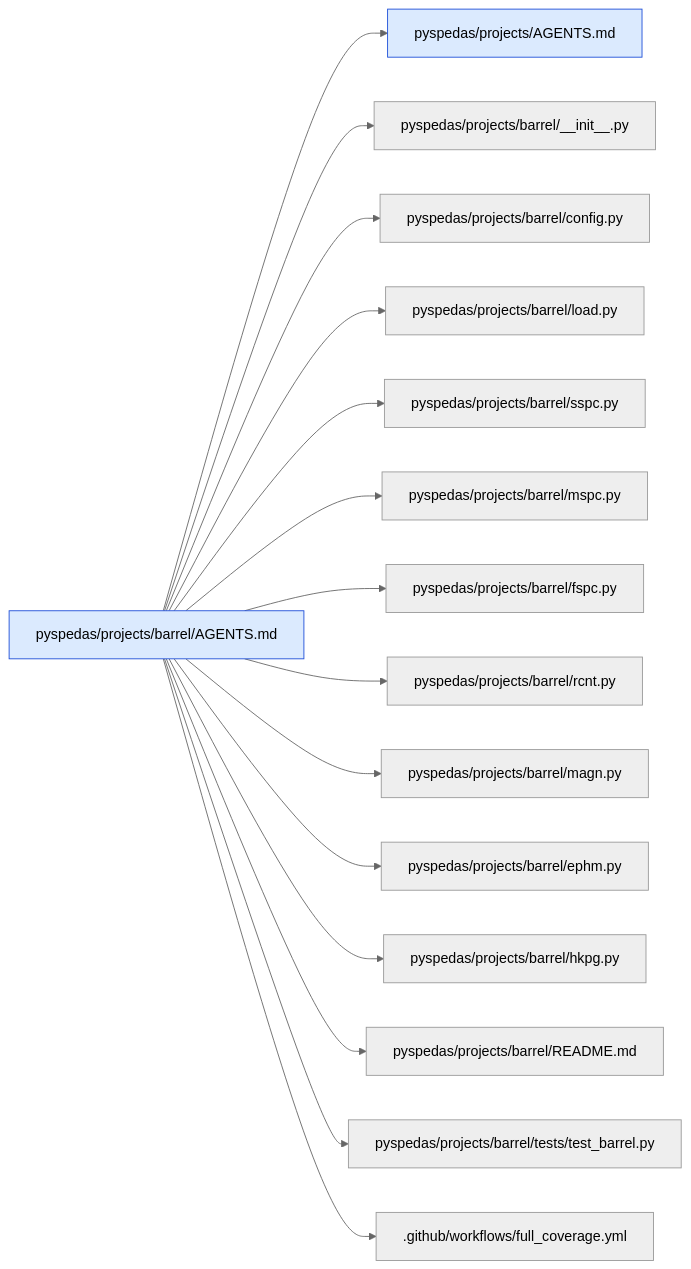
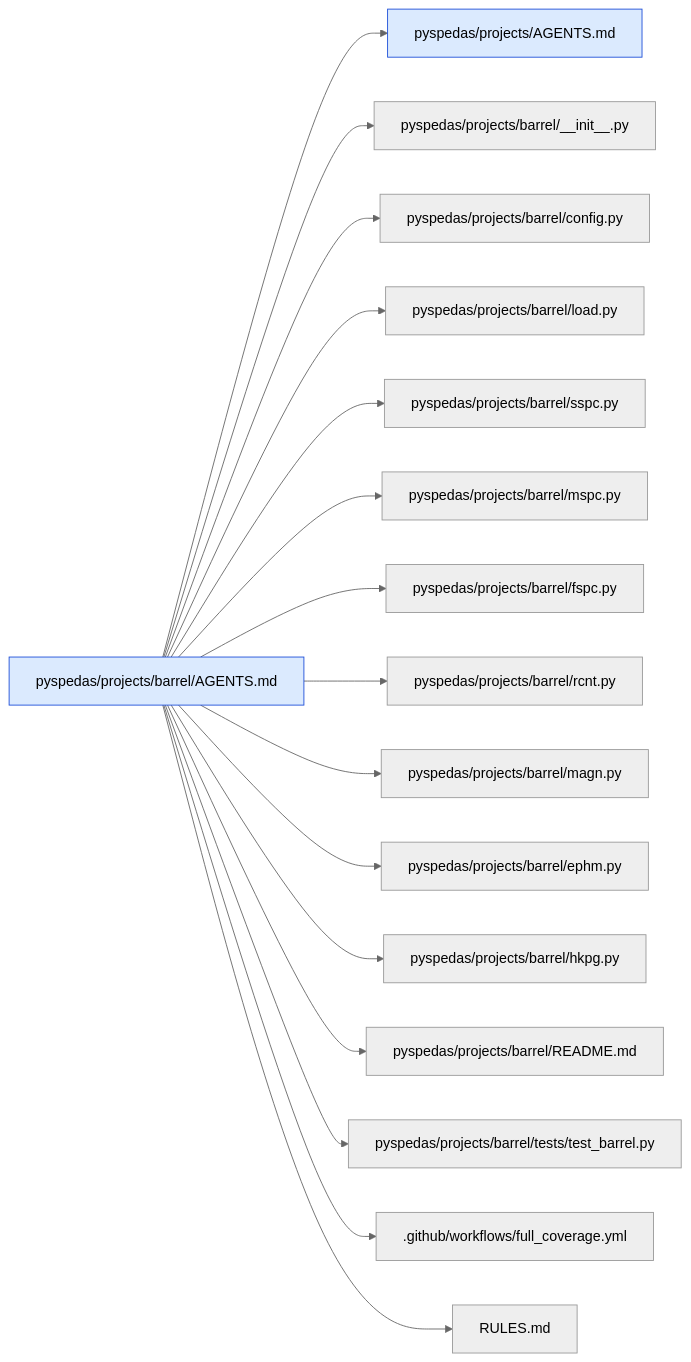
Before and after one commit to spedas/pyspedas: diagram 12 of 44 in .agents/map/MAP.md, drawn with Mermaid (neutral theme). The commit also changed other lines of this file and 75 other files, not shown here.

````diff
--- a/.agents/map/MAP.md
+++ b/.agents/map/MAP.md
@@ -559,20 +602,21 @@
 ```mermaid
 graph LR
   classDef agents fill:#dbeafe,stroke:#1d4ed8
   classDef missing fill:#fee2e2,stroke:#b91c1c,stroke-dasharray:4
   self["pyspedas/projects/barrel/AGENTS.md"]:::agents
   self --> r0["pyspedas/projects/AGENTS.md"]:::agents
   self --> r1["pyspedas/projects/barrel/__init__.py"]
   self --> r2["pyspedas/projects/barrel/config.py"]
   self --> r3["pyspedas/projects/barrel/load.py"]
   self --> r4["pyspedas/projects/barrel/sspc.py"]
   self --> r5["pyspedas/projects/barrel/mspc.py"]
   self --> r6["pyspedas/projects/barrel/fspc.py"]
   self --> r7["pyspedas/projects/barrel/rcnt.py"]
   self --> r8["pyspedas/projects/barrel/magn.py"]
   self --> r9["pyspedas/projects/barrel/ephm.py"]
   self --> r10["pyspedas/projects/barrel/hkpg.py"]
   self --> r11["pyspedas/projects/barrel/README.md"]
   self --> r12["pyspedas/projects/barrel/tests/test_barrel.py"]
   self --> r13[".github/workflows/full_coverage.yml"]
+  self --> r14["RULES.md"]
 ```
````
